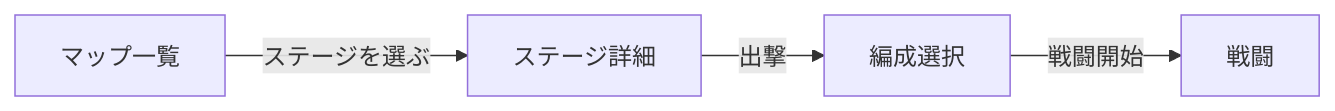
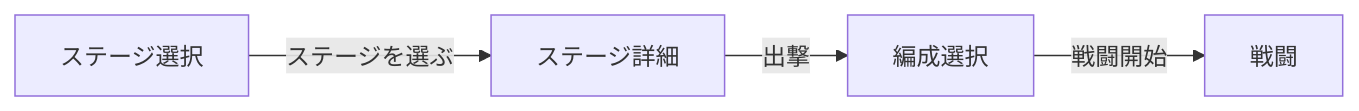
Before and after one commit to sucRo0629/auto-battle-idle: the diagram in docs/spec/stage-selection-ui.md, drawn with Mermaid. The commit also changed other lines of this file and 3 other files, not shown here.

````diff
--- a/docs/spec/stage-selection-ui.md
+++ b/docs/spec/stage-selection-ui.md
@@ -13,11 +15,11 @@
 ```mermaid
 flowchart LR
-  mapList["マップ一覧"]
+  stageSelection["ステージ選択"]
   detail["ステージ詳細"]
   party["編成選択"]
   battle["戦闘"]
 
-  mapList -->|"ステージを選ぶ"| detail
+  stageSelection -->|"ステージを選ぶ"| detail
   detail -->|"出撃"| party
   party -->|"戦闘開始"| battle
 ```
````
